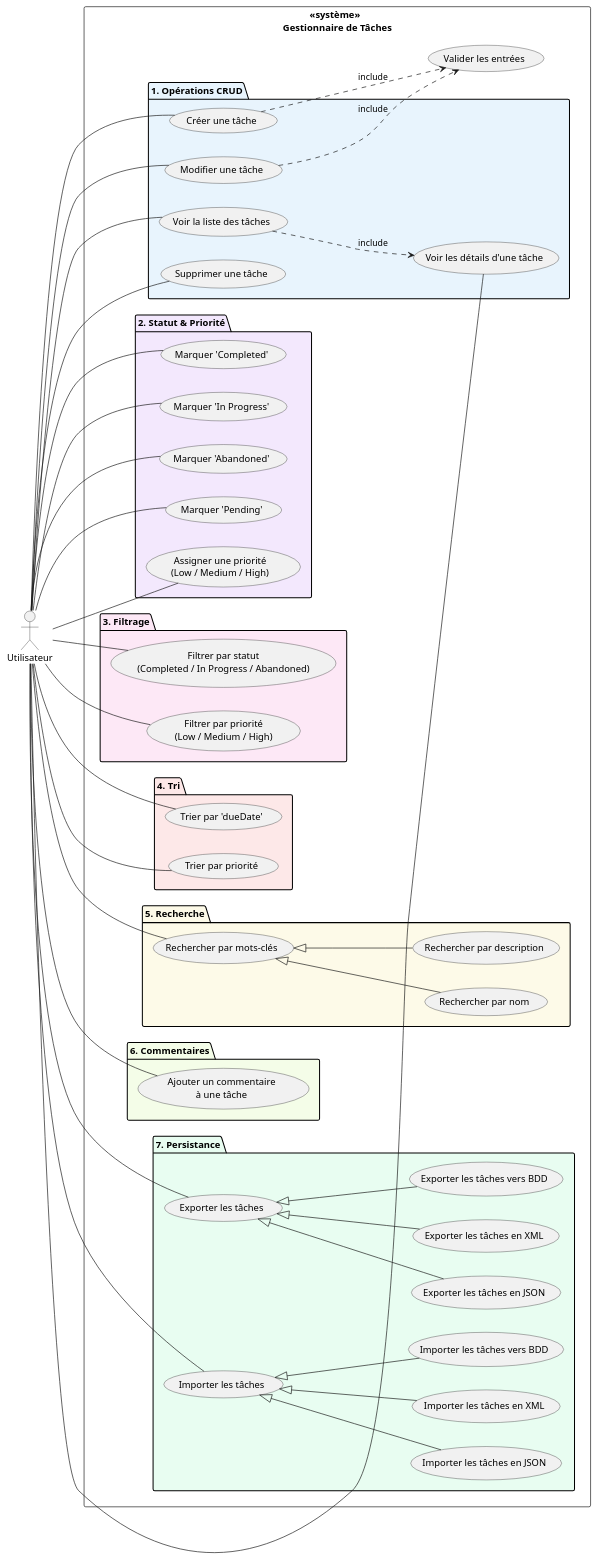
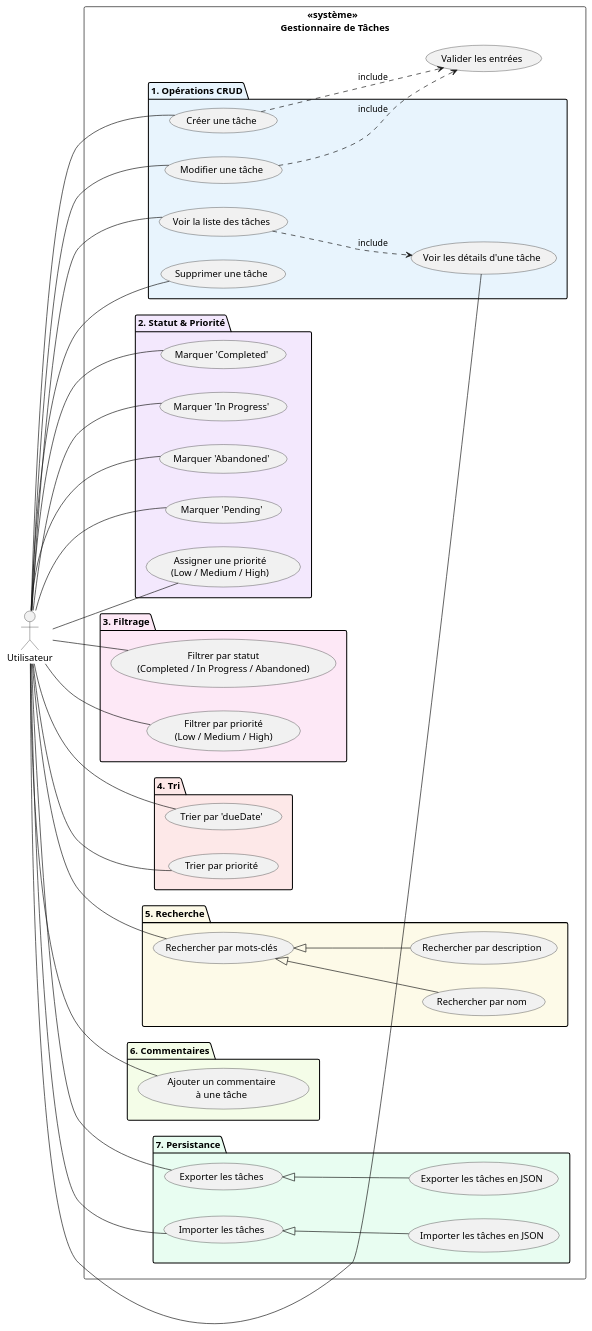
The diagram in use_case_diagram.puml (Julien3556/Gestionnaire_de_taches), drawn with PlantUML before and after one commit.

```diff
--- a/use_case_diagram.puml
+++ b/use_case_diagram.puml
@@ -1,100 +1,93 @@
 @startuml DiagrammeCasUtilisation_Partie1
 left to right direction
 ' Acteurs '
 actor "Utilisateur" as User
 
 rectangle "«système»  \nGestionnaire de Tâches" {
 
     package "1. Opérations CRUD" #E8F4FD{
         usecase "Créer une tâche"              as UC_Create
         usecase "Voir la liste des tâches"     as UC_ReadList
         usecase "Voir les détails d'une tâche" as UC_ReadOne
         usecase "Modifier une tâche"           as UC_Update
         usecase "Supprimer une tâche"          as UC_Delete
     }
 
     package "2. Statut & Priorité" #f3e8fd{
         usecase "Marquer 'Completed'"   as UC_Completed
         usecase "Marquer 'In Progress'" as UC_InProgress
         usecase "Marquer 'Abandoned'"   as UC_Abandoned
         usecase "Marquer 'Pending'"     as UC_Pending
         usecase "Assigner une priorité\n(Low / Medium / High)" as UC_Priority
     }
 
     package "3. Filtrage" #fde8f6{
         usecase "Filtrer par statut\n(Completed / In Progress / Abandoned)" as UC_FilterStatus
         usecase "Filtrer par priorité\n(Low / Medium / High)"                as UC_FilterPriority
     }
 
     package "4. Tri" #fde8e8{
         usecase "Trier par 'dueDate'"  as UC_SortDate
         usecase "Trier par priorité" as UC_SortPriority
     }
 
     package "5. Recherche" #fdfae8{
         usecase "Rechercher par mots-clés" as UC_Search
         usecase "Rechercher par nom" as UC_Search_Name
         usecase "Rechercher par description" as UC_Search_Description
     }
 
     package "6. Commentaires" #f4fde8{
         usecase "Ajouter un commentaire\nà une tâche" as UC_Comment
     }
 
     package "7. Persistance" #e8fdf1{
         usecase "Exporter les tâches" as UC_Export
         usecase "Exporter les tâches en JSON" as UC_Export_JSON
-        usecase "Exporter les tâches en XML" as UC_Export_XML
-        usecase "Exporter les tâches vers BDD" as UC_Export_BDD
 
         usecase "Importer les tâches" as UC_Import
         usecase "Importer les tâches en JSON" as UC_Import_JSON
-        usecase "Importer les tâches en XML" as UC_Import_XML
-        usecase "Importer les tâches vers BDD" as UC_Import_BDD
     }
 
     usecase "Valider les entrées" as UC_Validate
 }
 
 '  relations '
 User -- UC_Create
 User -- UC_ReadList
 User -- UC_ReadOne
 User -- UC_Update
 User -- UC_Delete
 
 User -- UC_Completed
 User -- UC_InProgress
 User -- UC_Abandoned
 User -- UC_Pending
 User -- UC_Priority
 
 User -- UC_FilterStatus
 User -- UC_FilterPriority
 
 User -- UC_SortDate
 User -- UC_SortPriority
 
 User -- UC_Search
 UC_Search <|-- UC_Search_Name
 UC_Search <|-- UC_Search_Description
 
 User -- UC_Comment
 
 User -- UC_Export
 UC_Export <|-- UC_Export_JSON
-UC_Export <|-- UC_Export_XML
-UC_Export <|-- UC_Export_BDD
 
 User -- UC_Import
 UC_Import <|-- UC_Import_JSON
-UC_Import <|-- UC_Import_XML
-UC_Import <|-- UC_Import_BDD
+
 
 UC_Create  ..> UC_Validate : «include»
 UC_Update  ..> UC_Validate : «include»
 
 UC_ReadList ..> UC_ReadOne : «include»
 
 
 @enduml
```
